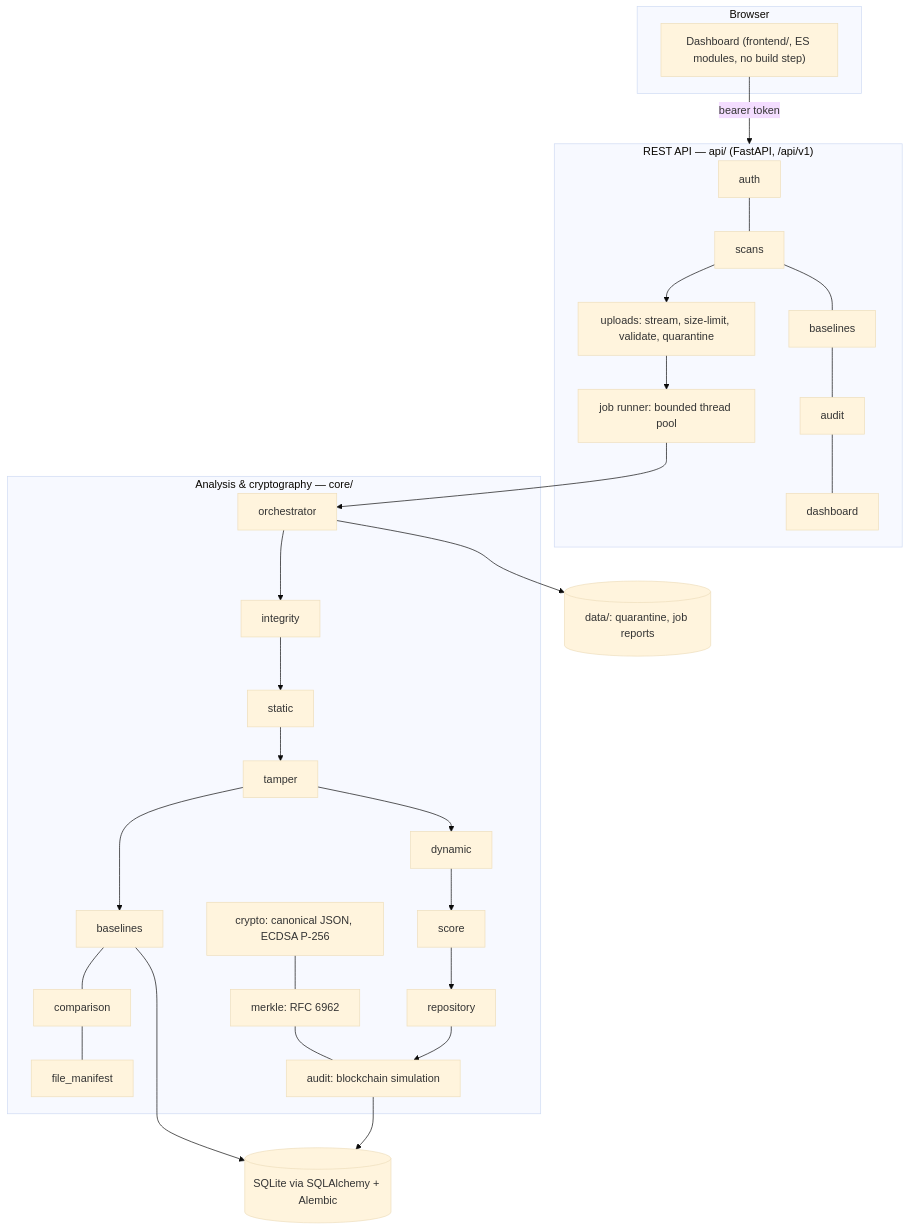
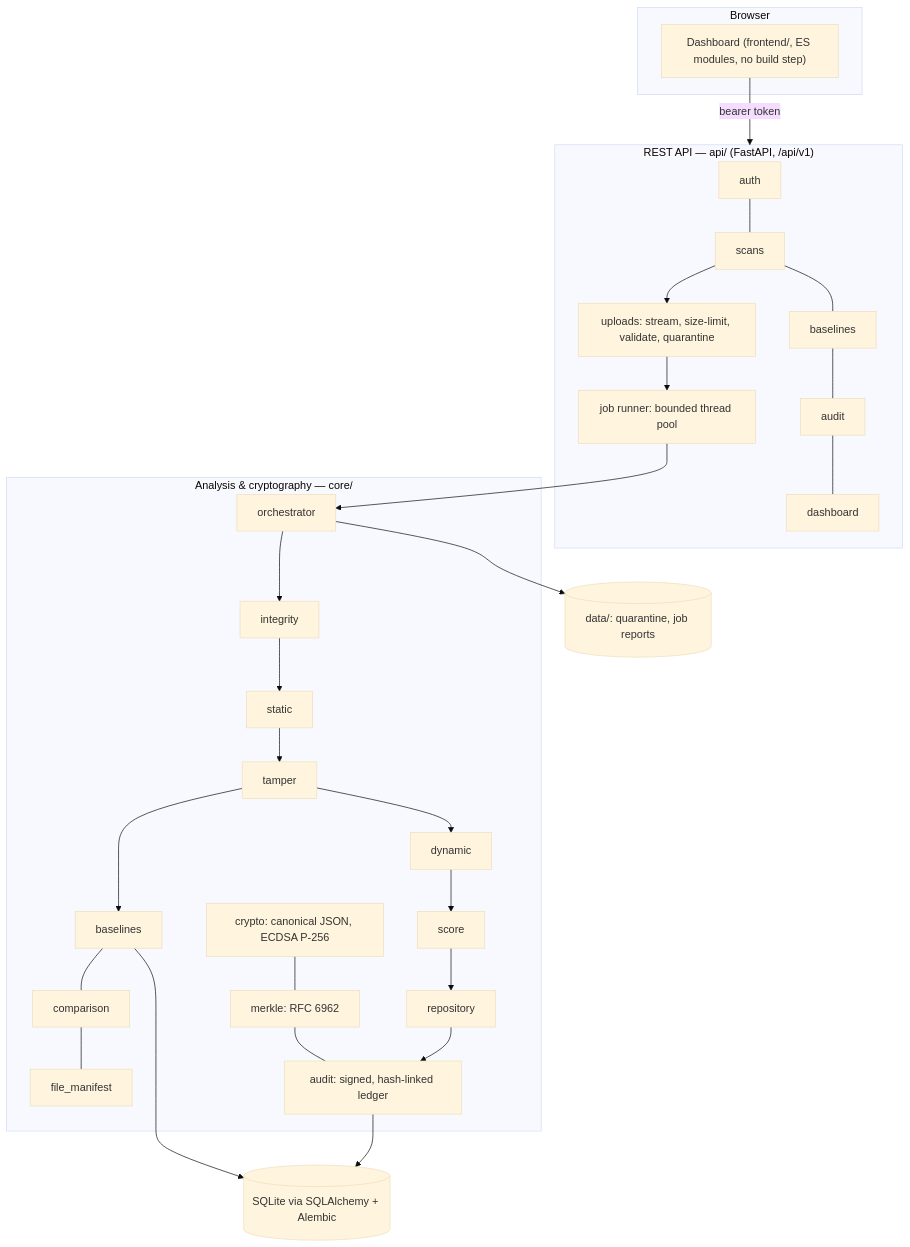
The first of 4 diagrams in docs/ARCHITECTURE.md (1-basil/merkleTrust), drawn with Mermaid (base theme) before and after one commit. The commit also changed other lines of this file and 9 other files, not shown here.

First line of the commit message:
docs: finish removing "blockchain simulation" wording, update README

````diff
--- a/docs/ARCHITECTURE.md
+++ b/docs/ARCHITECTURE.md
@@ -11,25 +11,25 @@
 ```mermaid
 flowchart TB
     subgraph Browser
         UI["Dashboard (frontend/, ES modules, no build step)"]
     end
     subgraph API["REST API — api/ (FastAPI, /api/v1)"]
         AUTH[auth] --- SCANS[scans] --- BASE[baselines] --- AUD[audit] --- DASH[dashboard]
         UP[uploads: stream, size-limit, validate, quarantine]
         JOBS[job runner: bounded thread pool]
     end
     subgraph Core["Analysis & cryptography — core/"]
         ORCH[orchestrator] --> I[integrity] --> S[static] --> T[tamper] --> D[dynamic] --> SC[score] --> R[repository]
         BL[baselines] --- CMP[comparison] --- FM[file_manifest]
-        CR[crypto: canonical JSON, ECDSA P-256] --- MK[merkle: RFC 6962] --- AU[audit: blockchain simulation]
+        CR[crypto: canonical JSON, ECDSA P-256] --- MK[merkle: RFC 6962] --- AU[audit: signed, hash-linked ledger]
     end
     DB[(SQLite via SQLAlchemy + Alembic)]
     FS[(data/: quarantine, job reports)]
     UI -->|bearer token| API
     SCANS --> UP --> JOBS --> ORCH
     T --> BL
     R --> AU
     BL --> DB
     AU --> DB
     ORCH --> FS
 ```
````
